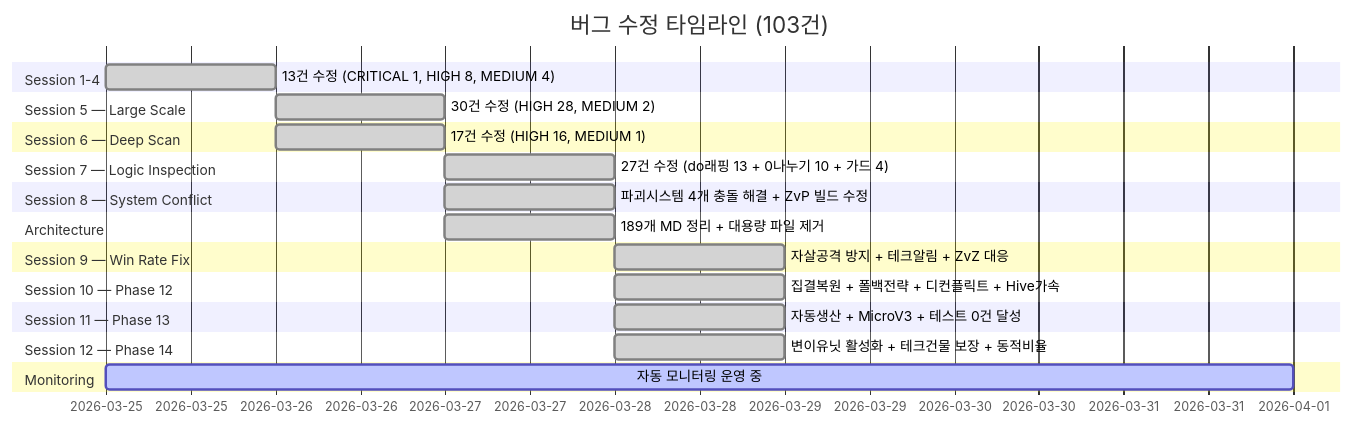
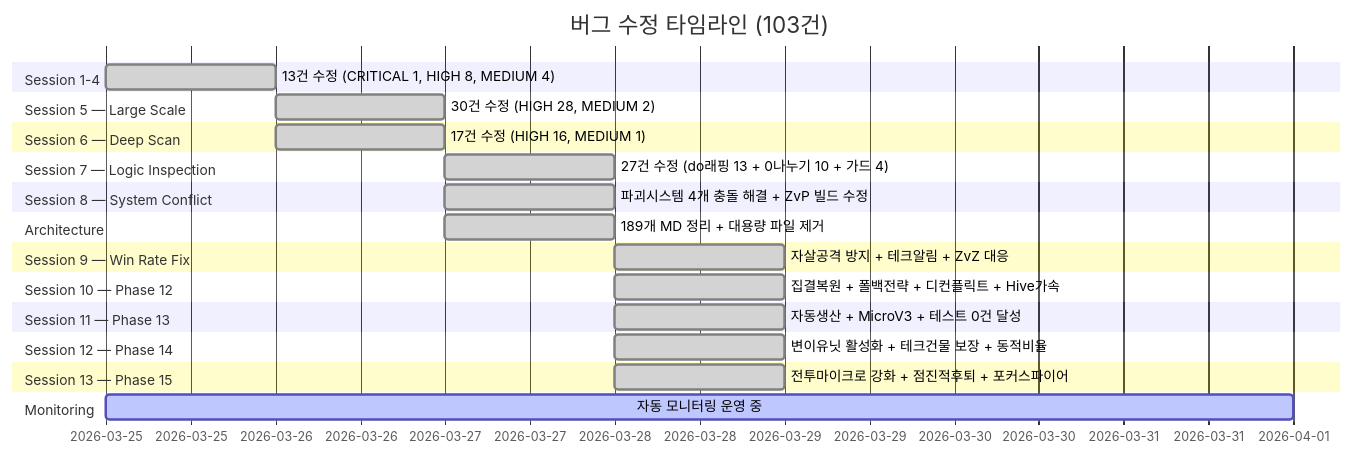
Before and after one commit to sun475300-sudo/Swarm-control-in-sc2bot: diagram 23 of 31 in README.md, drawn with Mermaid. The commit also changed other lines of this file and 2 other files, not shown here.

First line of the commit message:
feat: Phase 15 전투 마이크로 강화 — 저체력후퇴 + 포커스파이어 + 점진적후퇴

````diff
--- a/README.md
+++ b/README.md
@@ -633,27 +633,29 @@
 ```mermaid
 gantt
     title 버그 수정 타임라인 (103건)
     dateFormat YYYY-MM-DD
     section Session 1-4
         13건 수정 (CRITICAL 1, HIGH 8, MEDIUM 4)   :done, s1, 2026-03-25, 1d
     section Session 5 — Large Scale
         30건 수정 (HIGH 28, MEDIUM 2)              :done, s5, 2026-03-26, 1d
     section Session 6 — Deep Scan
         17건 수정 (HIGH 16, MEDIUM 1)              :done, s6, 2026-03-26, 1d
     section Session 7 — Logic Inspection
         27건 수정 (do래핑 13 + 0나누기 10 + 가드 4) :done, s7, 2026-03-27, 1d
     section Session 8 — System Conflict
         파괴시스템 4개 충돌 해결 + ZvP 빌드 수정    :done, s8, 2026-03-27, 1d
     section Architecture
         189개 MD 정리 + 대용량 파일 제거            :done, s9, 2026-03-27, 1d
     section Session 9 — Win Rate Fix
         자살공격 방지 + 테크알림 + ZvZ 대응         :done, s10, 2026-03-28, 1d
     section Session 10 — Phase 12
         집결복원 + 폴백전략 + 디컨플릭트 + Hive가속 :done, s11, 2026-03-28, 1d
     section Session 11 — Phase 13
         자동생산 + MicroV3 + 테스트 0건 달성       :done, s12, 2026-03-28, 1d
     section Session 12 — Phase 14
         변이유닛 활성화 + 테크건물 보장 + 동적비율  :done, s13, 2026-03-28, 1d
+    section Session 13 — Phase 15
+        전투마이크로 강화 + 점진적후퇴 + 포커스파이어 :done, s14, 2026-03-28, 1d
     section Monitoring
         자동 모니터링 운영 중                        :active, mon, 2026-03-25, 7d
 ```
````
